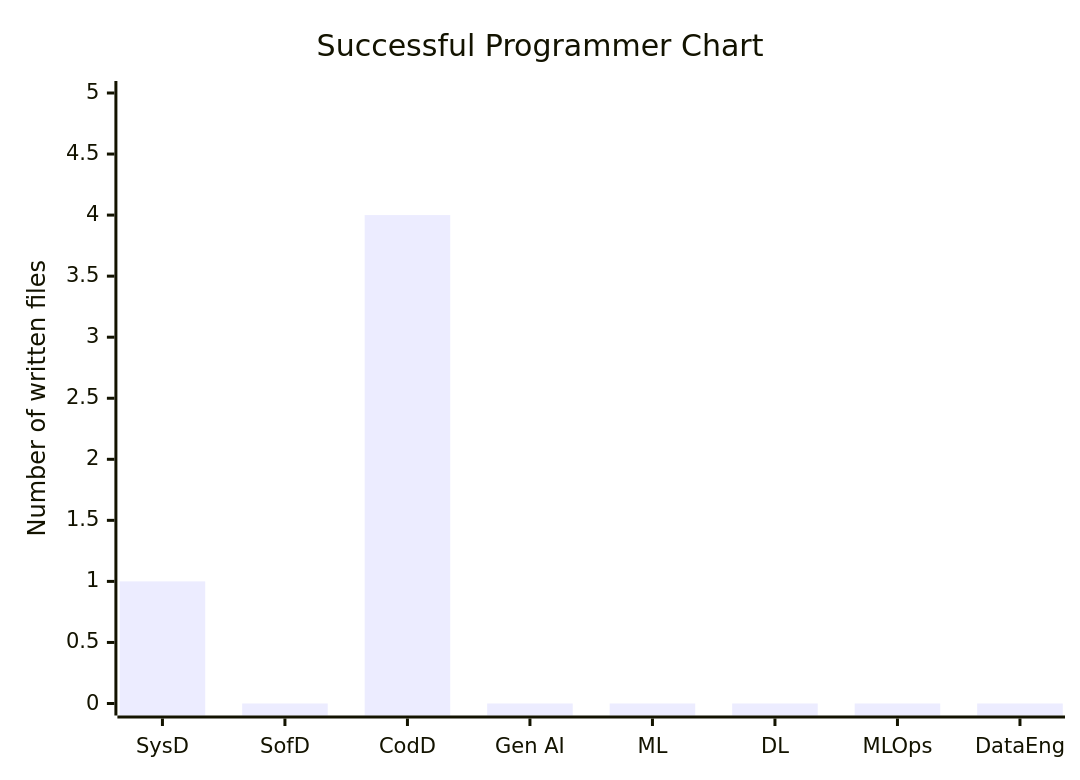
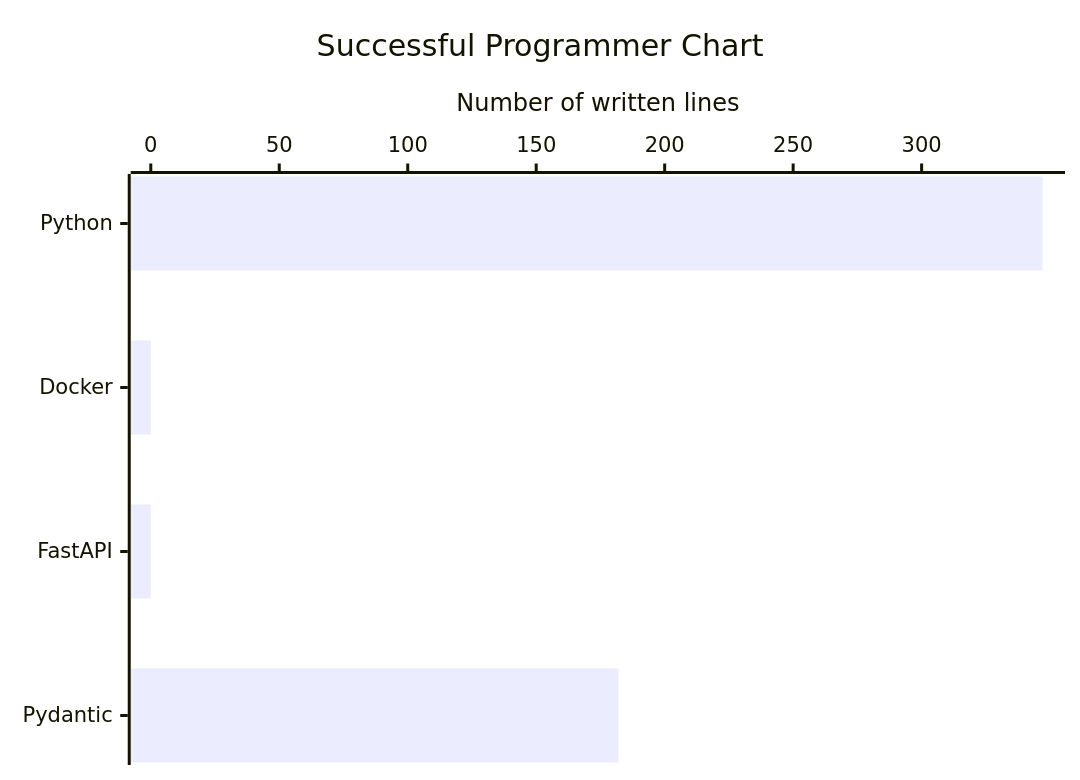
One commit to bezerraescossia/Sucessful-Programmer-Journey changed the diagram in README.md. Above: the diagram before and after it, drawn with Mermaid. The commit also changed other lines of this file and 23 other files, not shown here.

````diff
--- a/README.md
+++ b/README.md
@@ -3,7 +5,7 @@
 ```mermaid
-xychart
+xychart horizontal
     title "Successful Programmer Chart"
-    x-axis ["SysD", "SofD", "CodD", "Gen AI", "ML", "DL", "MLOps", "DataEng"]
-    y-axis "Number of written files" 0 --> 5
-    bar [1, 0, 4, 0, 0, 0, 0, 0]
+    x-axis ["Python", "Docker", "FastAPI", "Pydantic"]
+    y-axis "Number of written lines" 0 --> 348
+    bar [347, 0, 0, 182]
 ```
````
